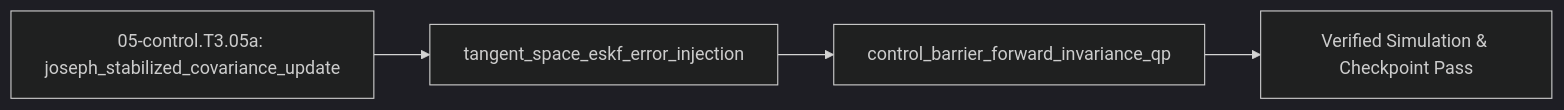
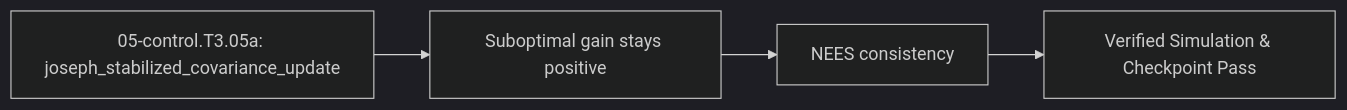
Before and after one commit to TLE47/Mechatronics-Roadmap: the diagram in modules/05-control.T3.05a.md, drawn with Mermaid (dark theme). The commit also changed other lines of this file and 54 other files, not shown here.

````diff
--- a/modules/05-control.T3.05a.md
+++ b/modules/05-control.T3.05a.md
@@ -140,6 +131,6 @@
 ```mermaid
 flowchart LR
-    A["05-control.T3.05a: joseph_stabilized_covariance_update"] --> B["tangent_space_eskf_error_injection"]
-    B --> C["control_barrier_forward_invariance_qp"]
+    A["05-control.T3.05a: joseph_stabilized_covariance_update"] --> B["Suboptimal gain stays positive"]
+    B --> C["NEES consistency"]
     C --> D["Verified Simulation & Checkpoint Pass"]
 ```
````
